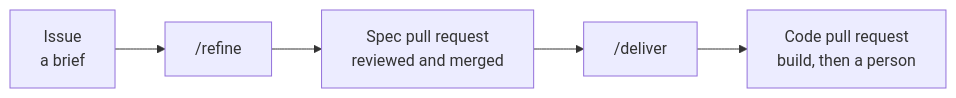
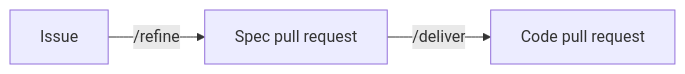
Before and after one commit to dibbdob/claude-code-governed-workflow: the diagram in README.md, drawn with Mermaid.

Commit message:
Simplify the README diagram to three boxes

````diff
--- a/README.md
+++ b/README.md
@@ -8,7 +8,5 @@
 ```mermaid
 flowchart LR
-  A["Issue<br/>a brief"] --> B["/refine"]
-  B --> C["Spec pull request<br/>reviewed and merged"]
-  C --> D["/deliver"]
-  D --> E["Code pull request<br/>build, then a person"]
+  A["Issue"] -->|"/refine"| B["Spec pull request"]
+  B -->|"/deliver"| C["Code pull request"]
 ```
````
